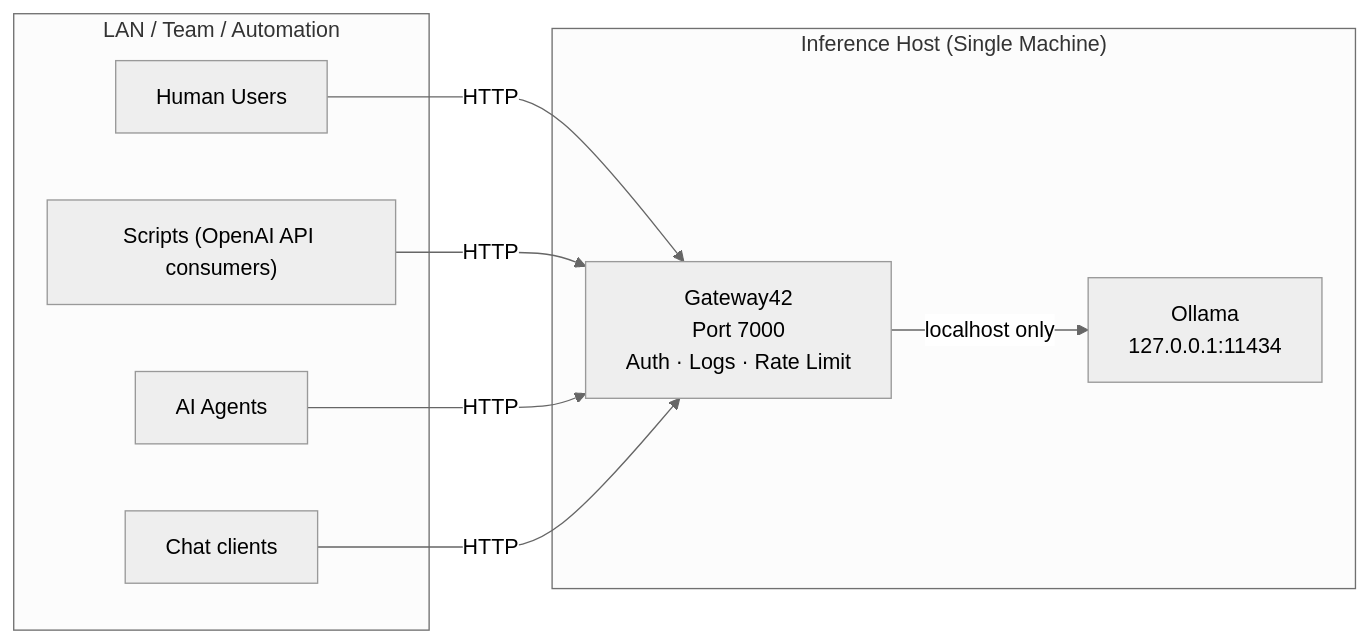
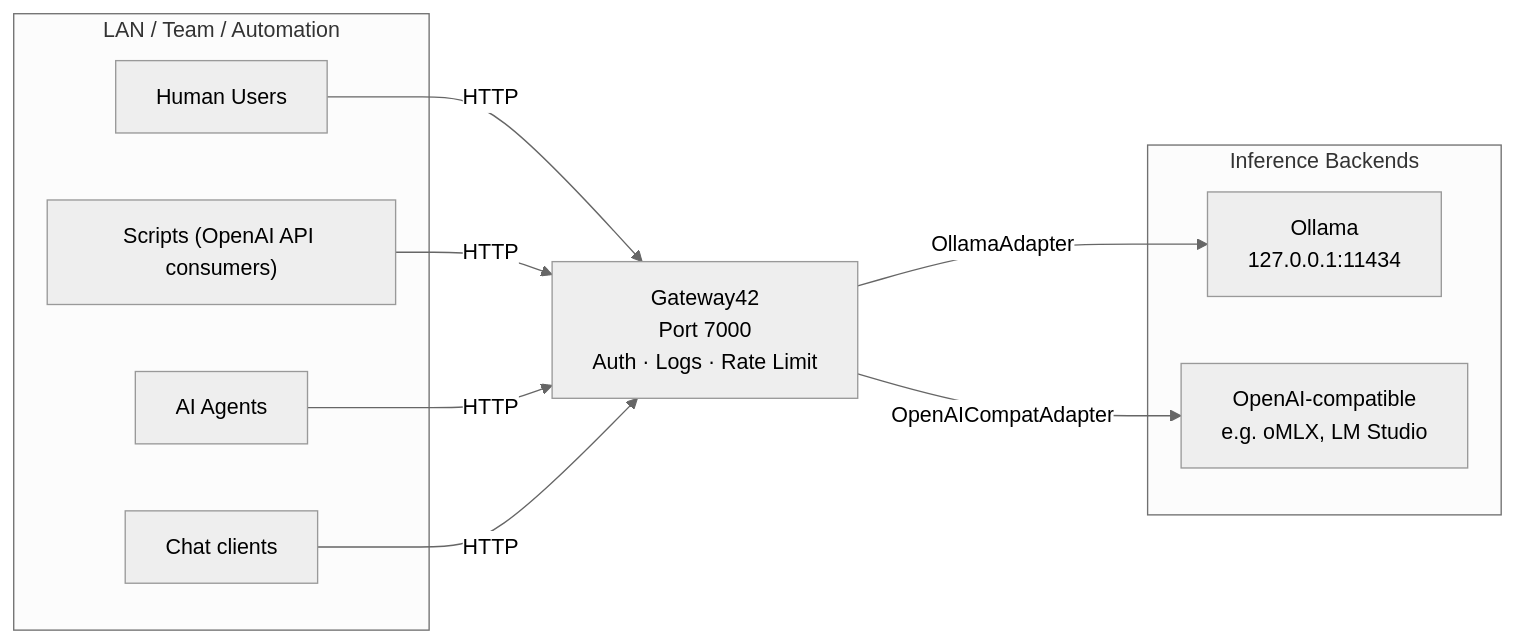
Before and after one commit to org42-consulting/gateway42: the diagram in README.md, drawn with Mermaid (neutral theme). The commit also changed other lines of this file and 1 other file, not shown here.

````diff
--- a/README.md
+++ b/README.md
@@ -11,17 +11,20 @@
 ```mermaid
 flowchart LR
-    subgraph Host["Inference Host (Single Machine)"]
+    subgraph Backends["Inference Backends"]
         OLLAMA["Ollama\n127.0.0.1:11434"]
-        GATEWAY["Gateway42\nPort 7000\nAuth · Logs · Rate Limit"]
-        GATEWAY -->|localhost only| OLLAMA
+        OPENAI["OpenAI-compatible\ne.g. oMLX, LM Studio"]
     end
+
+    GATEWAY["Gateway42\nPort 7000\nAuth · Logs · Rate Limit"]
 
     subgraph LAN["LAN / Team / Automation"]
         USERS["Human Users"]
         SCRIPTS["Scripts (OpenAI API consumers)"]
         AGENTS["AI Agents"]
         CHAT["Chat clients"]
     end
 
     USERS & SCRIPTS & AGENTS & CHAT -->|HTTP| GATEWAY
+    GATEWAY -->|OllamaAdapter| OLLAMA
+    GATEWAY -->|OpenAICompatAdapter| OPENAI
 ```
````
